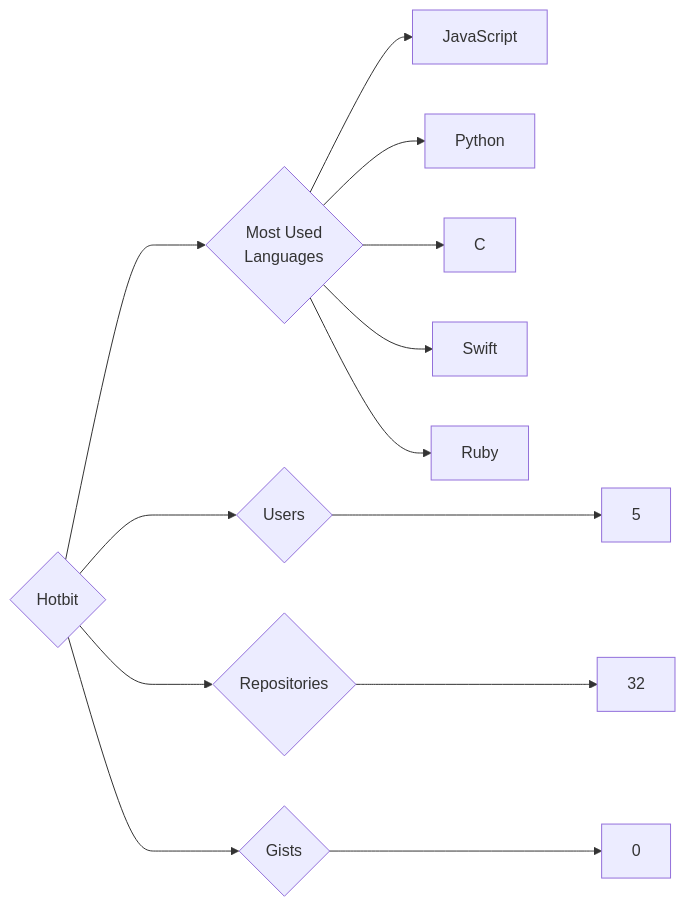
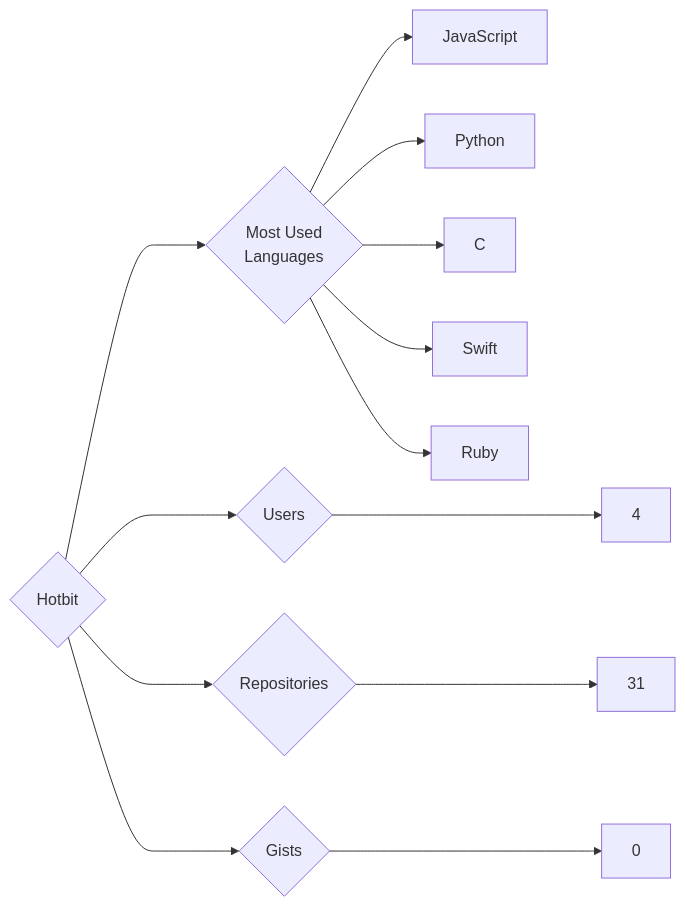
The diagram in targets/Hotbit/README.md (trickest/insiders), drawn with Mermaid before and after one commit. The commit also changed 1020 other files, not shown here.

````diff
--- a/targets/Hotbit/README.md
+++ b/targets/Hotbit/README.md
@@ -3,13 +3,13 @@
 ```mermaid
 graph LR
 COMPANY_NAME{Hotbit}
-COMPANY_NAME ---> U{Users} ---> UN[5]
-COMPANY_NAME ---> R{Repositories} ---> RN[32]
+COMPANY_NAME ---> U{Users} ---> UN[4]
+COMPANY_NAME ---> R{Repositories} ---> RN[31]
 COMPANY_NAME ---> G{Gists} ---> GN[0]
 COMPANY_NAME ---> ML{Most Used<br>Languages}
 ML --> JavaScript[JavaScript]
 ML --> Python[Python]
 ML --> C[C]
 ML --> Swift[Swift]
 ML --> Ruby[Ruby]
 ```
````
